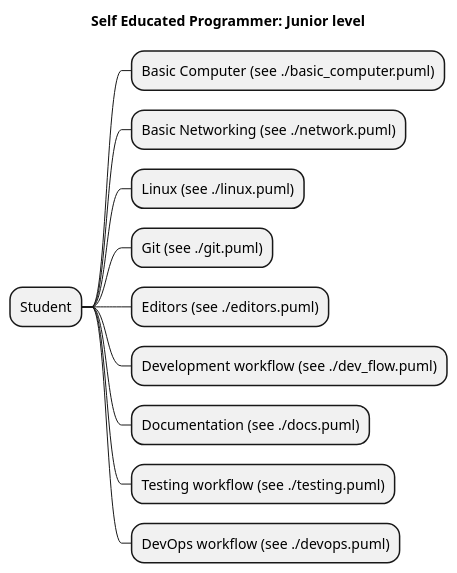
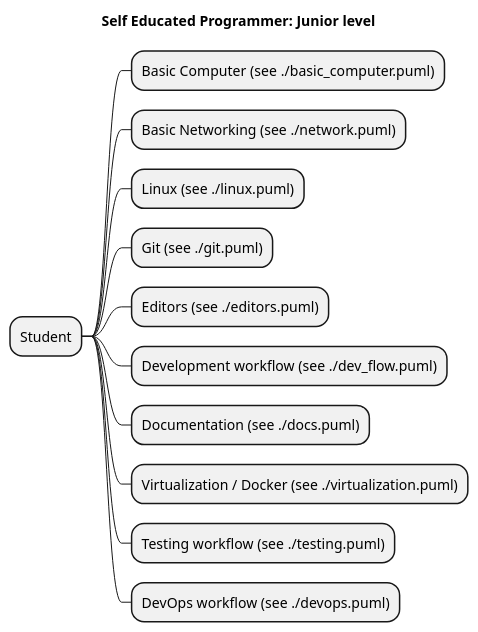
One commit to SmartSoftDev/self_educated_software_programmer_path changed the diagram in junior_level.puml. Above: the diagram before and after it, drawn with PlantUML. The commit also changed 12 other files, not shown here.

```diff
--- a/junior_level.puml
+++ b/junior_level.puml
@@ -1,15 +1,16 @@
 @startmindmap
 title Self Educated Programmer: Junior level
 
 * Student
 ** Basic Computer (see ./basic_computer.puml)
 ** Basic Networking (see ./network.puml)
 ** Linux (see ./linux.puml)
 ** Git (see ./git.puml)
 ** Editors (see ./editors.puml)
 ** Development workflow (see ./dev_flow.puml)
 ** Documentation (see ./docs.puml)
+** Virtualization / Docker (see ./virtualization.puml)
 ** Testing workflow (see ./testing.puml)
 ** DevOps workflow (see ./devops.puml)
 
 @endmindmap
```
